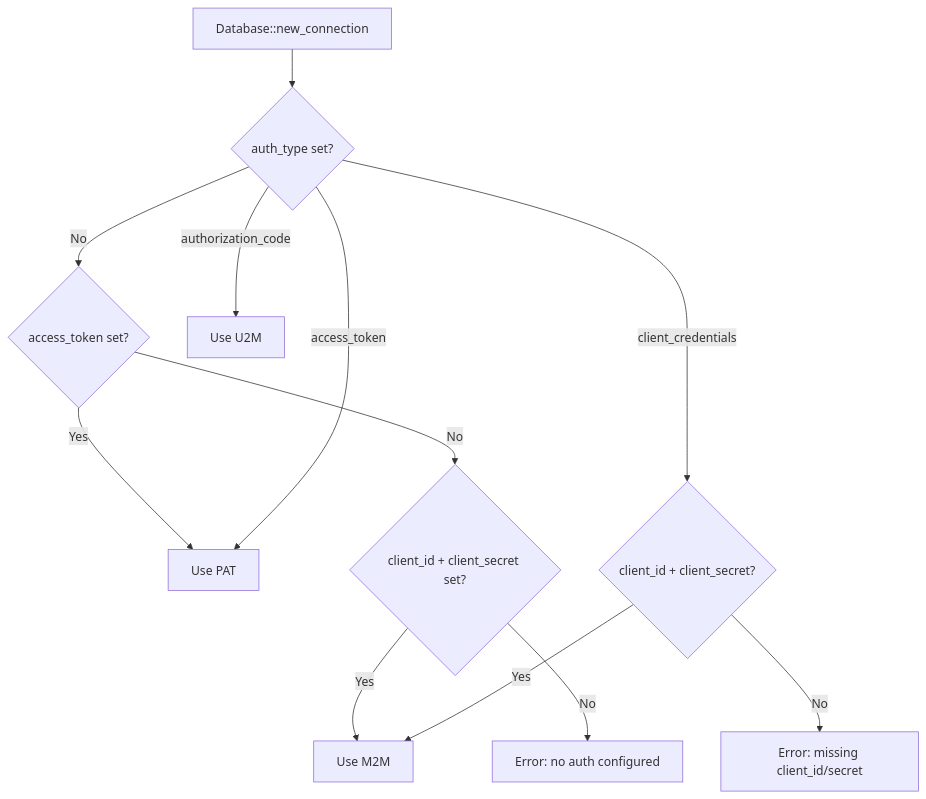
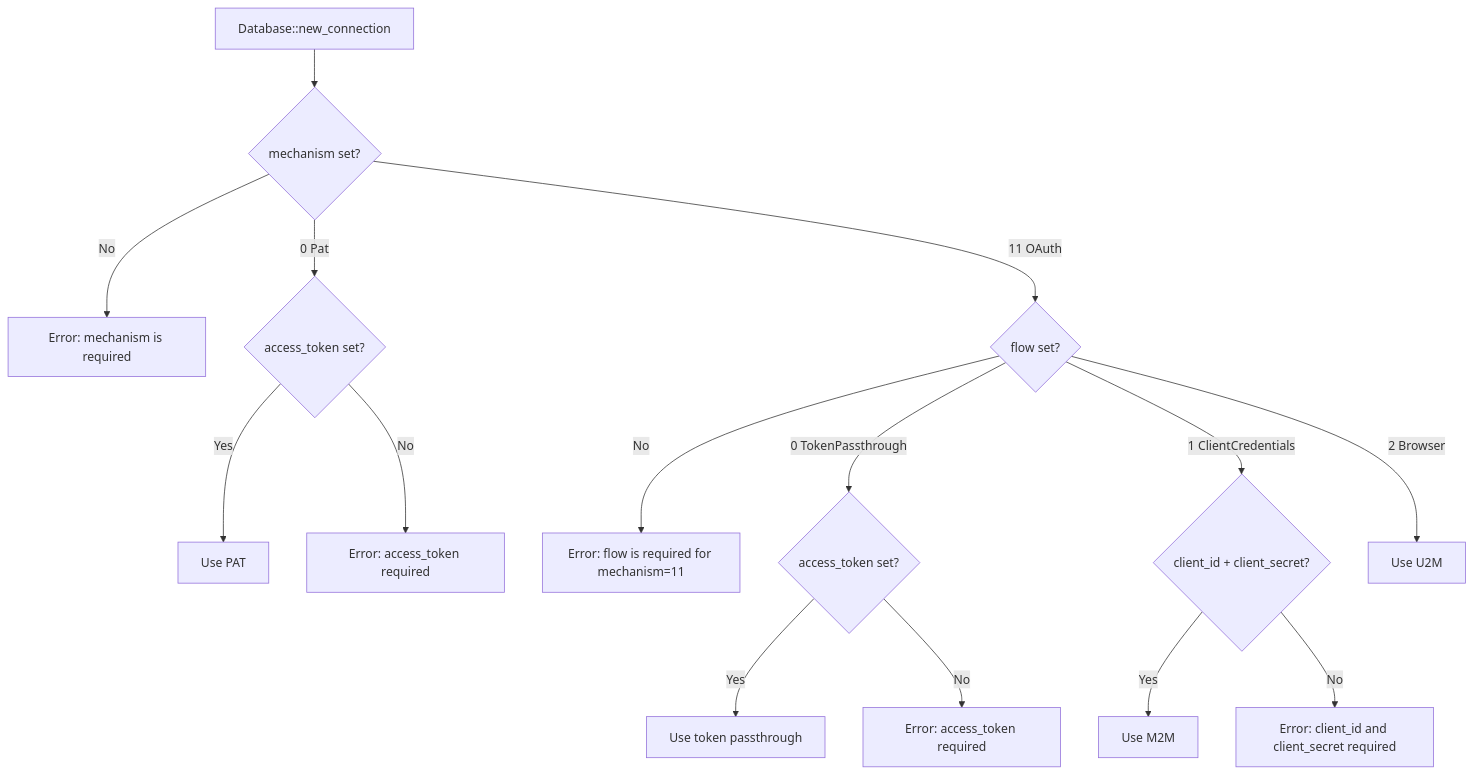
Before and after one commit to adbc-drivers/databricks: the fifth of 5 diagrams in rust/docs/designs/oauth-u2m-m2m-design.md, drawn with Mermaid. The commit also changed other lines of this file, not shown here.

First line of the commit message:
docs: use ODBC-aligned numeric enums for auth config

````diff
--- a/rust/docs/designs/oauth-u2m-m2m-design.md
+++ b/rust/docs/designs/oauth-u2m-m2m-design.md
@@ -370,15 +418,22 @@
 ```mermaid
 flowchart TD
-    A[Database::new_connection] --> B{auth_type set?}
-    B -->|No| C{access_token set?}
+    A[Database::new_connection] --> B{mechanism set?}
+    B -->|No| Z[Error: mechanism is required]
+
+    B -->|0 Pat| C{access_token set?}
     C -->|Yes| D[Use PAT]
-    C -->|No| E{client_id + client_secret set?}
-    E -->|Yes| F[Use M2M]
-    E -->|No| G[Error: no auth configured]
+    C -->|No| E[Error: access_token required]
 
-    B -->|access_token| D
-    B -->|client_credentials| H{client_id + client_secret?}
-    H -->|Yes| F
-    H -->|No| I[Error: missing client_id/secret]
-    B -->|authorization_code| J[Use U2M]
+    B -->|11 OAuth| F{flow set?}
+    F -->|No| Y[Error: flow is required for mechanism=11]
+
+    F -->|0 TokenPassthrough| G{access_token set?}
+    G -->|Yes| H[Use token passthrough]
+    G -->|No| I[Error: access_token required]
+
+    F -->|1 ClientCredentials| J{client_id + client_secret?}
+    J -->|Yes| K[Use M2M]
+    J -->|No| L[Error: client_id and client_secret required]
+
+    F -->|2 Browser| M[Use U2M]
 ```
````
